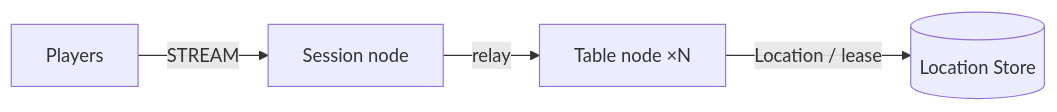
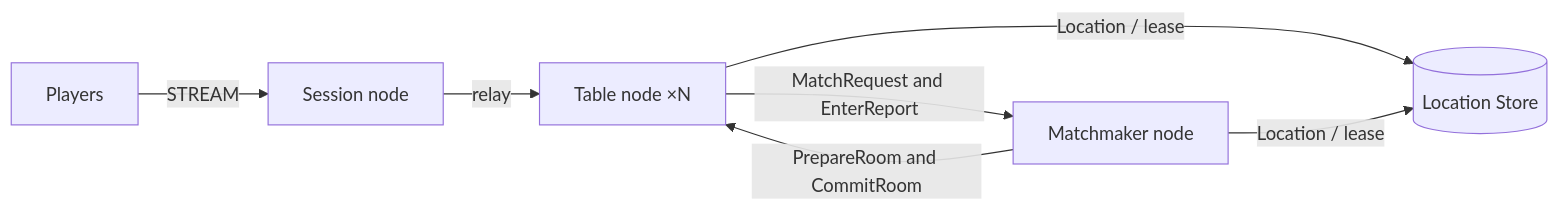
Before and after one commit to zlink-systems/zlink: the diagram in framework/languages/node/templates/board-tables/my-game/README.md, drawn with Mermaid. The commit also changed other lines of this file and 33 other files, not shown here.

````diff
--- a/framework/languages/node/templates/board-tables/my-game/README.md
+++ b/framework/languages/node/templates/board-tables/my-game/README.md
@@ -5,6 +7,9 @@
 ```mermaid
 flowchart LR
     players[Players] -->|STREAM| session[Session node]
     session -->|relay| table[Table node ×N]
+    table -->|MatchRequest and EnterReport| matchmaker[Matchmaker node]
+    matchmaker -->|PrepareRoom and CommitRoom| table
     table -->|Location / lease| location[(Location Store)]
+    matchmaker -->|Location / lease| location
 ```
````
